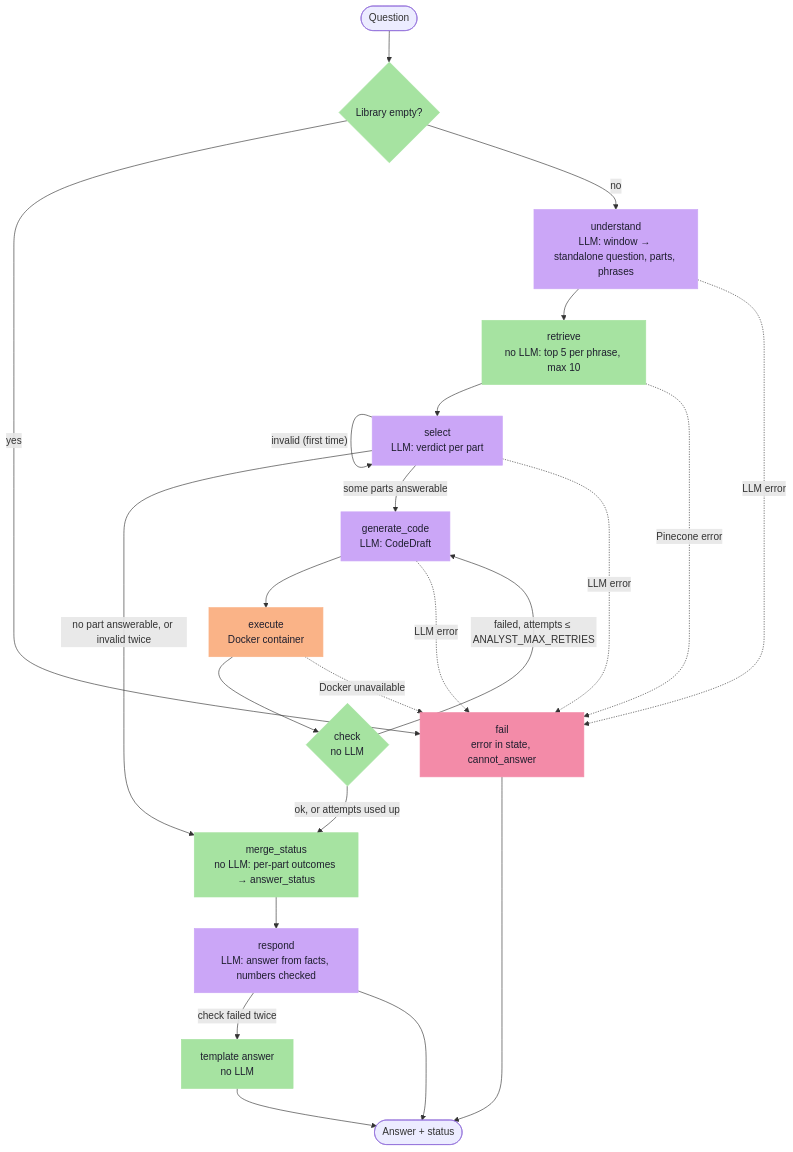
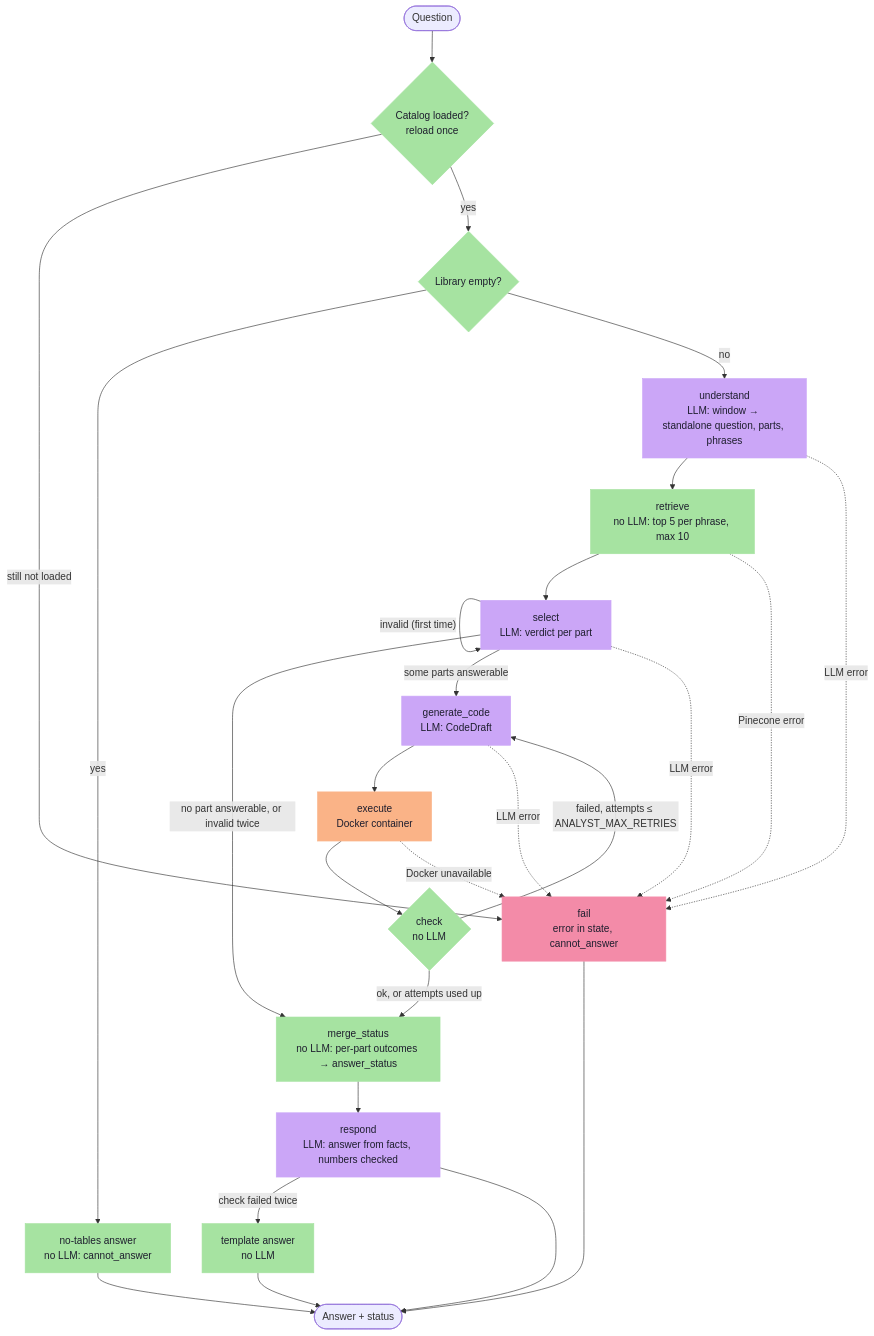
The diagram in specs/02-analyst.md (VieraFederico/Octi), drawn with Mermaid before and after one commit. The commit also changed other lines of this file and 2 other files, not shown here.

````diff
--- a/specs/02-analyst.md
+++ b/specs/02-analyst.md
@@ -367,33 +379,36 @@
 ```mermaid
 flowchart TD
-    START([Question]) --> empty{Library empty?}
-    empty -- yes --> fail
+    START([Question]) --> loaded{Catalog loaded?<br/>reload once}
+    loaded -- "still not loaded" --> fail
+    loaded -- yes --> empty{Library empty?}
+    empty -- yes --> no_tables["no-tables answer<br/>no LLM: cannot_answer"]
+    no_tables --> END
     empty -- no --> understand
     understand["understand<br/>LLM: window → standalone question, parts, phrases"] --> retrieve
     retrieve["retrieve<br/>no LLM: top 5 per phrase, max 10"] --> select
     select["select<br/>LLM: verdict per part"] -- "invalid (first time)" --> select
     select -- "no part answerable, or invalid twice" --> merge_status
     select -- "some parts answerable" --> generate_code
     generate_code["generate_code<br/>LLM: CodeDraft"] --> execute
     execute["execute<br/>Docker container"] --> check
     check{"check<br/>no LLM"} -- "failed, attempts ≤ ANALYST_MAX_RETRIES" --> generate_code
     check -- "ok, or attempts used up" --> merge_status
     merge_status["merge_status<br/>no LLM: per-part outcomes → answer_status"] --> respond
     respond["respond<br/>LLM: answer from facts, numbers checked"] -- "check failed twice" --> template
     respond --> END([Answer + status])
     template["template answer<br/>no LLM"] --> END
     understand -. "LLM error" .-> fail
     retrieve -. "Pinecone error" .-> fail
     select -. "LLM error" .-> fail
     generate_code -. "LLM error" .-> fail
     execute -. "Docker unavailable" .-> fail
     fail["fail<br/>error in state, cannot_answer"] --> END
     classDef llm fill:#cba6f7,color:#1e1e2e,stroke:#cba6f7
     classDef code fill:#a6e3a1,color:#1e1e2e,stroke:#a6e3a1
     classDef sandbox fill:#fab387,color:#1e1e2e,stroke:#fab387
     classDef bad fill:#f38ba8,color:#1e1e2e,stroke:#f38ba8
     class understand,select,generate_code,respond llm
-    class retrieve,check,merge_status,template,empty code
+    class retrieve,check,merge_status,template,empty,loaded,no_tables code
     class execute sandbox
     class fail bad
 ```
````
